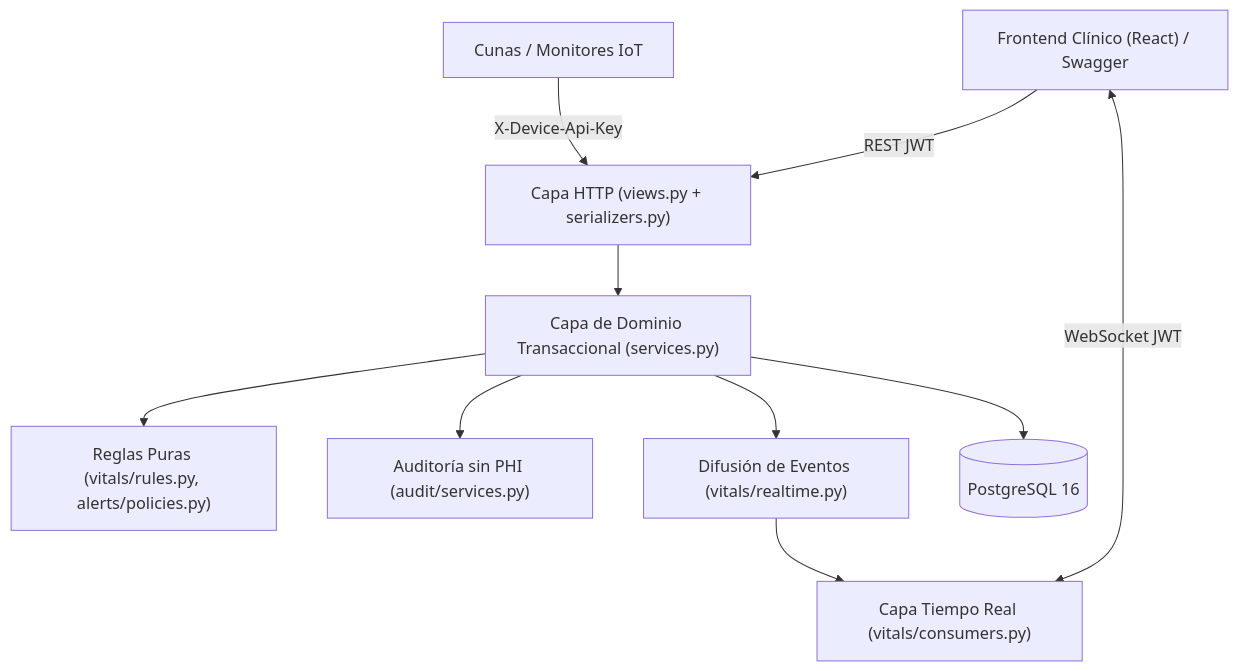
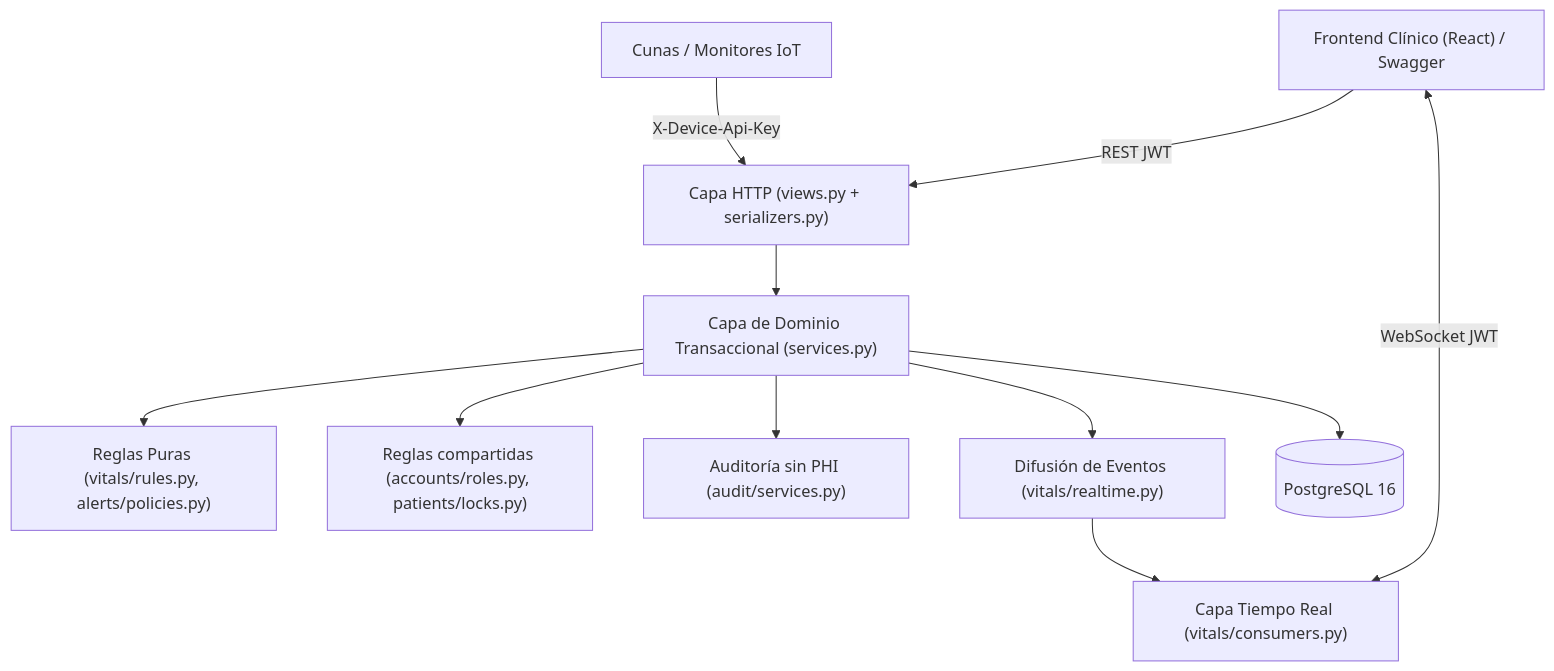
The diagram in docs/ARCHITECTURE.md (PokiKoa/backend), drawn with Mermaid before and after one commit. The commit also changed other lines of this file, not shown here.

````diff
--- a/docs/ARCHITECTURE.md
+++ b/docs/ARCHITECTURE.md
@@ -21,13 +21,14 @@
 ```mermaid
 flowchart TD
     Client["Frontend Clínico (React) / Swagger"] -->|REST JWT| Views["Capa HTTP (views.py + serializers.py)"]
     IoT["Cunas / Monitores IoT"] -->|X-Device-Api-Key| Views
     Client <-->|WebSocket JWT| WS["Capa Tiempo Real (vitals/consumers.py)"]
 
     Views --> Services["Capa de Dominio Transaccional (services.py)"]
     Services --> Rules["Reglas Puras (vitals/rules.py, alerts/policies.py)"]
+    Services --> Shared["Reglas compartidas (accounts/roles.py, patients/locks.py)"]
     Services --> Audit["Auditoría sin PHI (audit/services.py)"]
     Services --> Realtime["Difusión de Eventos (vitals/realtime.py)"]
     Realtime --> WS
     Services --> DB[("PostgreSQL 16")]
 ```
````
